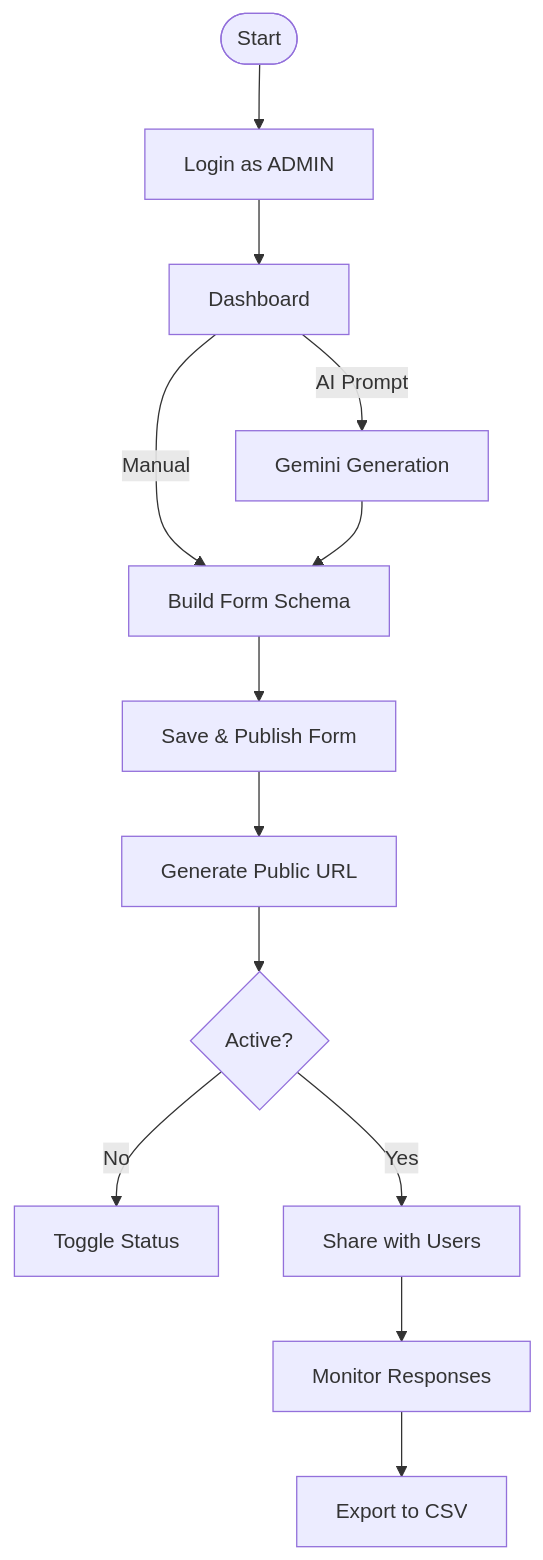
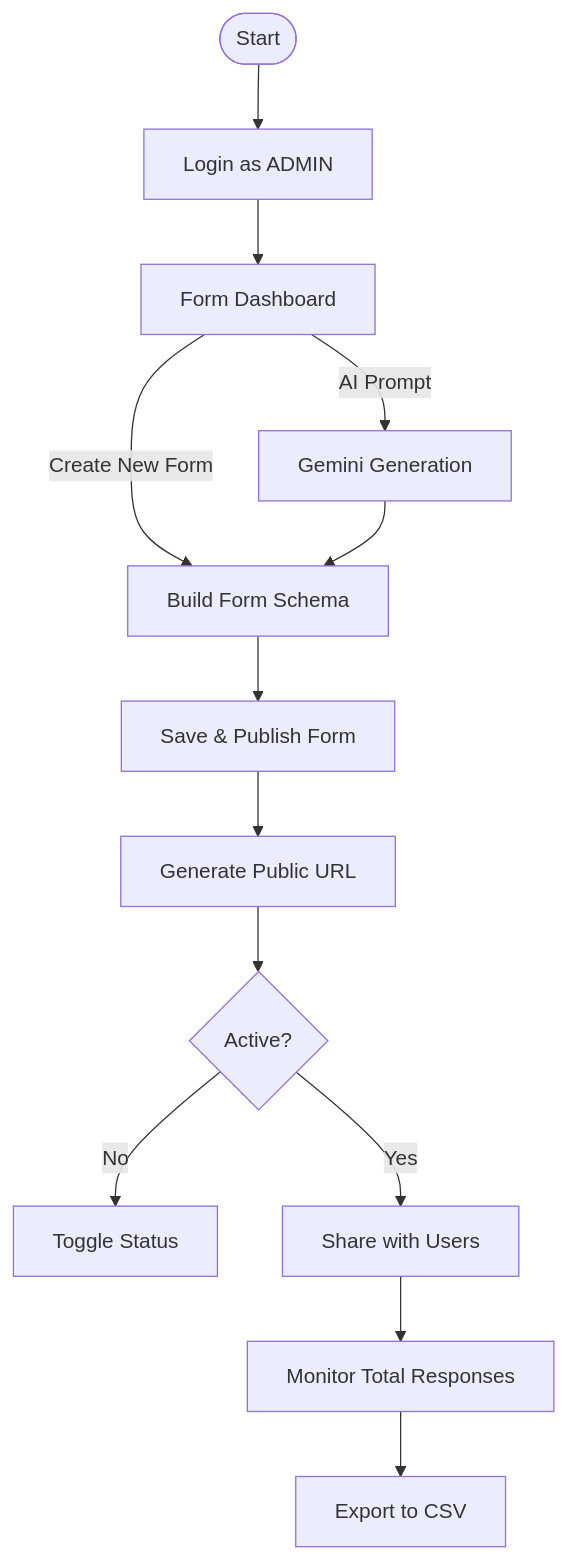
The fifth of 6 diagrams in docs/Architecture.md (bluepal-ashok-patcha/FormCraft), drawn with Mermaid before and after one commit. The commit also changed other lines of this file and 16 other files, not shown here.

First line of the commit message:
feat: Update Dashboard and Form List UI text for clarity and consistency

````diff
--- a/docs/Architecture.md
+++ b/docs/Architecture.md
@@ -153,15 +166,15 @@
 ```mermaid
 flowchart TD
     Start([Start]) --> Login[Login as ADMIN]
-    Login --> Dash[Dashboard]
-    Dash -->|Manual| Build[Build Form Schema]
+    Login --> Dash[Form Dashboard]
+    Dash -->|Create New Form| Build[Build Form Schema]
     Dash -->|AI Prompt| Gemini[Gemini Generation]
     Gemini --> Build
     Build --> Save[Save & Publish Form]
     Save --> Slug[Generate Public URL]
     Slug --> Active{Active?}
     Active -- No --> Toggle[Toggle Status]
     Active -- Yes --> Share[Share with Users]
-    Share --> Resp[Monitor Responses]
+    Share --> Resp[Monitor Total Responses]
     Resp --> Export[Export to CSV]
 ```
````
